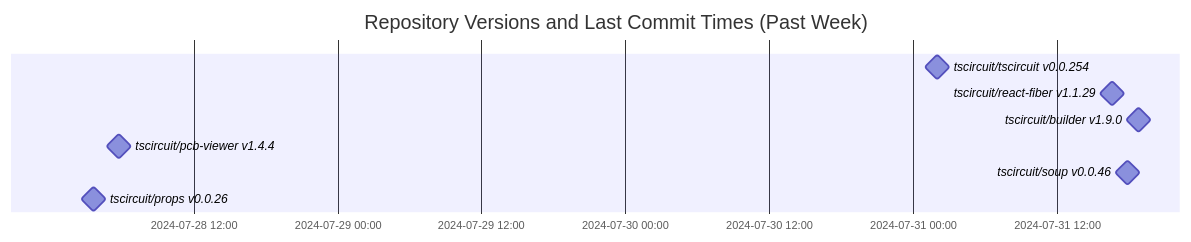
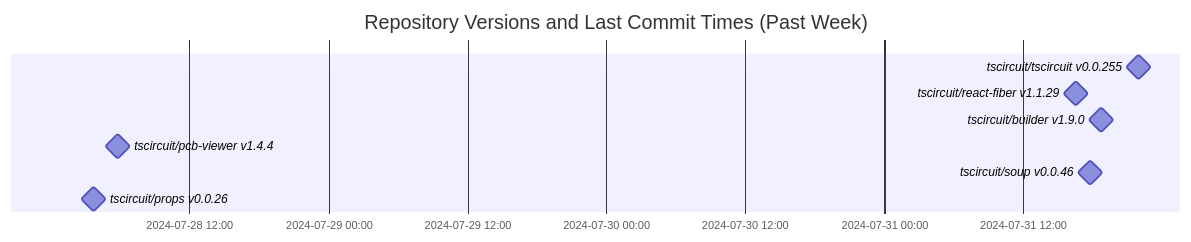
The diagram in README.md (tscircuit/version-tracker), drawn with Mermaid before and after one commit.

Commit message:
Update chart

````diff
--- a/README.md
+++ b/README.md
@@ -1,13 +1,13 @@
 ```mermaid
 gantt
   dateFormat  YYYY-MM-DD HH:mm:ss
   title Repository Versions and Last Commit Times (Past Week)
   axisFormat %Y-%m-%d %H:%M
 
-  tscircuit/tscircuit v0.0.254 : milestone, 2024-07-31 02:00:36, 1s
+  tscircuit/tscircuit v0.0.255 : milestone, 2024-07-31 21:58:48, 1s
   tscircuit/react-fiber v1.1.29 : milestone, 2024-07-31 16:35:17, 1s
   tscircuit/builder v1.9.0 : milestone, 2024-07-31 18:44:54, 1s
   tscircuit/pcb-viewer v1.4.4 : milestone, 2024-07-28 05:46:25, 1s
   tscircuit/soup v0.0.46 : milestone, 2024-07-31 17:48:38, 1s
   tscircuit/props v0.0.26 : milestone, 2024-07-28 03:42:14, 1s
 ```
````
